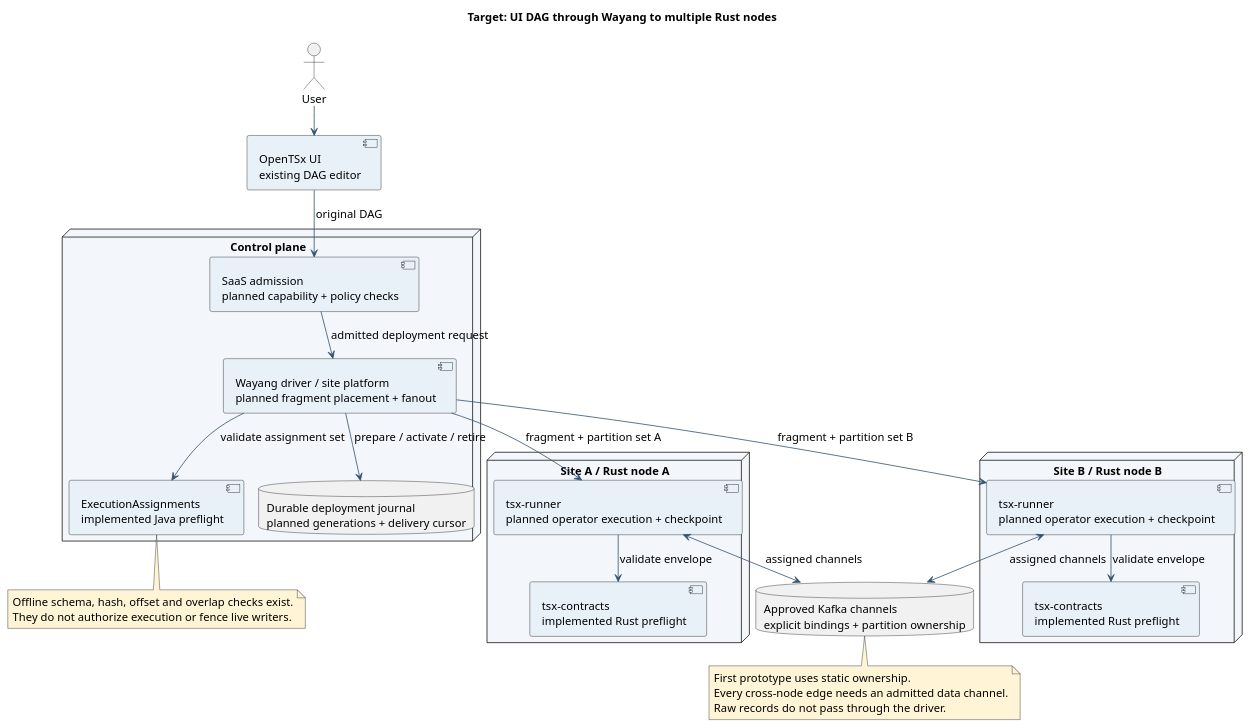
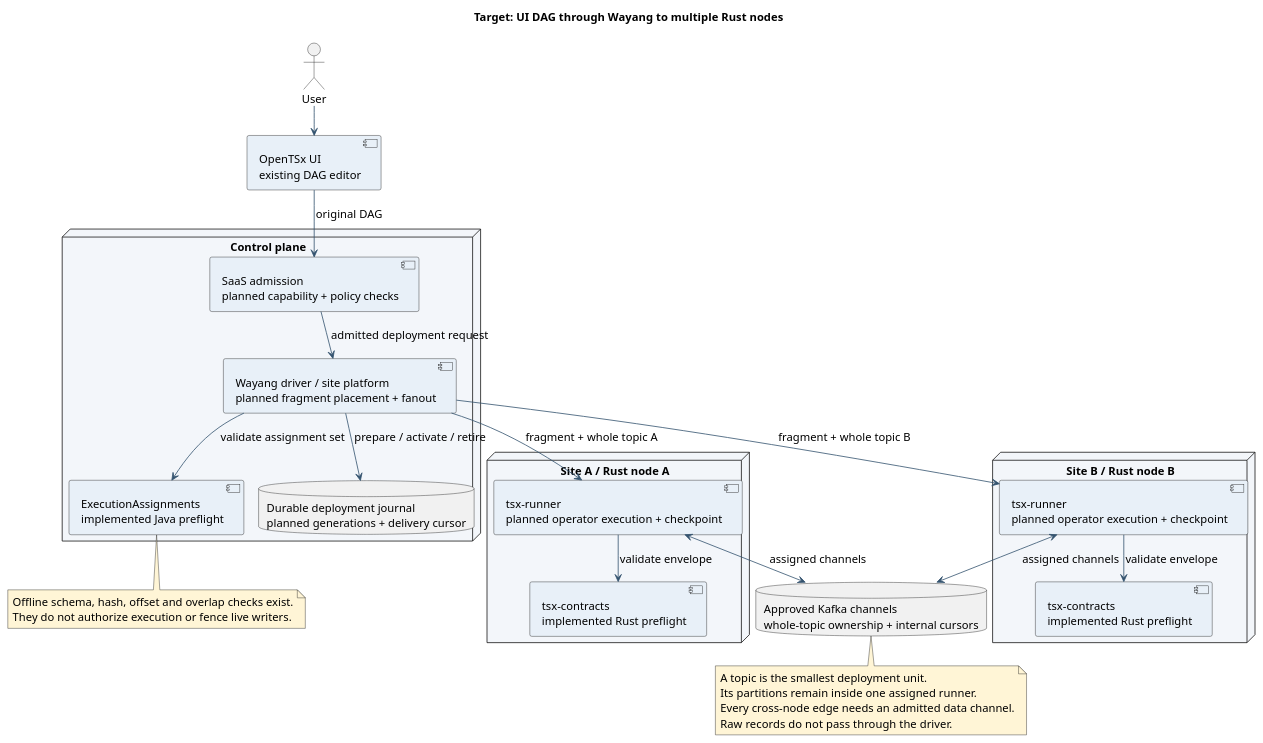
One commit to kamir/OpenTSx changed the diagram in docs/devguide/integration/uml/wayang-rust-deployment.puml. Above: the diagram before and after it, drawn with PlantUML. The commit also changed 18 other files, not shown here.

Commit message:
fix(contracts): assign whole topics across runtimes

```diff
--- a/docs/devguide/integration/uml/wayang-rust-deployment.puml
+++ b/docs/devguide/integration/uml/wayang-rust-deployment.puml
@@ -1,54 +1,55 @@
 @startuml
 !pragma layout smetana
 top to bottom direction
 title Target: UI DAG through Wayang to multiple Rust nodes
 skinparam backgroundColor white
 skinparam shadowing false
 skinparam defaultFontName SansSerif
 skinparam defaultFontSize 14
 skinparam componentStyle uml2
 skinparam ArrowColor #34536F
 skinparam nodeBackgroundColor #F3F6FA
 skinparam componentBackgroundColor #E8F0F8
 skinparam noteBackgroundColor #FFF5D6
 
 actor User
 component "OpenTSx UI\nexisting DAG editor" as ui
 node "Control plane" {
   component "SaaS admission\nplanned capability + policy checks" as backend
   component "Wayang driver / site platform\nplanned fragment placement + fanout" as driver
   component "ExecutionAssignments\nimplemented Java preflight" as java
   database "Durable deployment journal\nplanned generations + delivery cursor" as journal
 }
 node "Site A / Rust node A" {
   component "tsx-runner\nplanned operator execution + checkpoint" as runnerA
   component "tsx-contracts\nimplemented Rust preflight" as contractsA
 }
 node "Site B / Rust node B" {
   component "tsx-runner\nplanned operator execution + checkpoint" as runnerB
   component "tsx-contracts\nimplemented Rust preflight" as contractsB
 }
-database "Approved Kafka channels\nexplicit bindings + partition ownership" as topics
+database "Approved Kafka channels\nwhole-topic ownership + internal cursors" as topics
 
 User --> ui
 ui --> backend : original DAG
 backend --> driver : admitted deployment request
 driver --> java : validate assignment set
 driver --> journal : prepare / activate / retire
-driver --> runnerA : fragment + partition set A
-driver --> runnerB : fragment + partition set B
+driver --> runnerA : fragment + whole topic A
+driver --> runnerB : fragment + whole topic B
 runnerA --> contractsA : validate envelope
 runnerB --> contractsB : validate envelope
 runnerA <--> topics : assigned channels
 runnerB <--> topics : assigned channels
 
 note bottom of java
 Offline schema, hash, offset and overlap checks exist.
 They do not authorize execution or fence live writers.
 end note
 note bottom of topics
-First prototype uses static ownership.
+A topic is the smallest deployment unit.
+Its partitions remain inside one assigned runner.
 Every cross-node edge needs an admitted data channel.
 Raw records do not pass through the driver.
 end note
 @enduml
```
